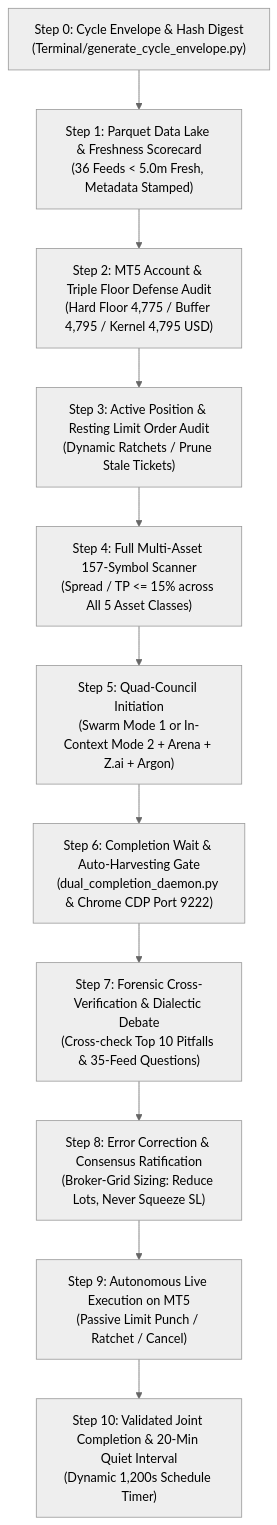
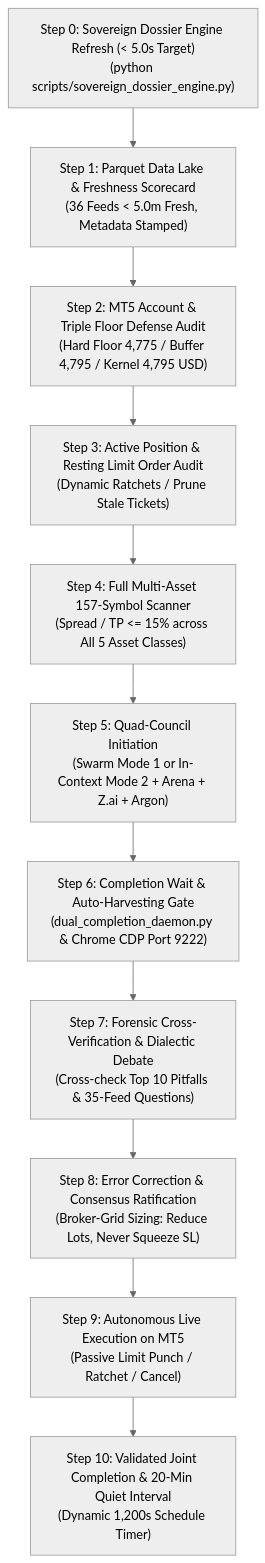
One commit to kbsingh1399/Trading_2 changed the third of 3 diagrams in Data/Manditory/AUTONOMOUS_WAKEUP_CHECKLIST.md. Above: the diagram before and after it, drawn with Mermaid (neutral theme). The commit also changed other lines of this file and 99 other files, not shown here.

````diff
--- a/Data/Manditory/AUTONOMOUS_WAKEUP_CHECKLIST.md
+++ b/Data/Manditory/AUTONOMOUS_WAKEUP_CHECKLIST.md
@@ -589,25 +593,25 @@
 ```mermaid
 
 flowchart TD
 
-    S0["Step 0: Cycle Envelope & Hash Digest<br/>(Terminal/generate_cycle_envelope.py)"] --> S1["Step 1: Parquet Data Lake & Freshness Scorecard<br/>(36 Feeds < 5.0m Fresh, Metadata Stamped)"]
+    S0["Step 0: Sovereign Dossier Engine Refresh (< 5.0s Target)<br/>(python scripts/sovereign_dossier_engine.py)"] --> S1["Step 1: Parquet Data Lake & Freshness Scorecard<br/>(36 Feeds < 5.0m Fresh, Metadata Stamped)"]
 
     S1 --> S2["Step 2: MT5 Account & Triple Floor Defense Audit<br/>(Hard Floor 4,775 / Buffer 4,795 / Kernel 4,795 USD)"]
 
     S2 --> S3["Step 3: Active Position & Resting Limit Order Audit<br/>(Dynamic Ratchets / Prune Stale Tickets)"]
 
     S3 --> S4["Step 4: Full Multi-Asset 157-Symbol Scanner<br/>(Spread / TP <= 15% across All 5 Asset Classes)"]
 
     S4 --> S5["Step 5: Quad-Council Initiation<br/>(Swarm Mode 1 or In-Context Mode 2 + Arena + Z.ai + Argon)"]
 
     S5 --> S6["Step 6: Completion Wait & Auto-Harvesting Gate<br/>(dual_completion_daemon.py & Chrome CDP Port 9222)"]
 
     S6 --> S7["Step 7: Forensic Cross-Verification & Dialectic Debate<br/>(Cross-check Top 10 Pitfalls & 35-Feed Questions)"]
 
     S7 --> S8["Step 8: Error Correction & Consensus Ratification<br/>(Broker-Grid Sizing: Reduce Lots, Never Squeeze SL)"]
 
     S8 --> S9["Step 9: Autonomous Live Execution on MT5<br/>(Passive Limit Punch / Ratchet / Cancel)"]
 
     S9 --> S10["Step 10: Validated Joint Completion & 20-Min Quiet Interval<br/>(Dynamic 1,200s Schedule Timer)"]
 
 ```
````
